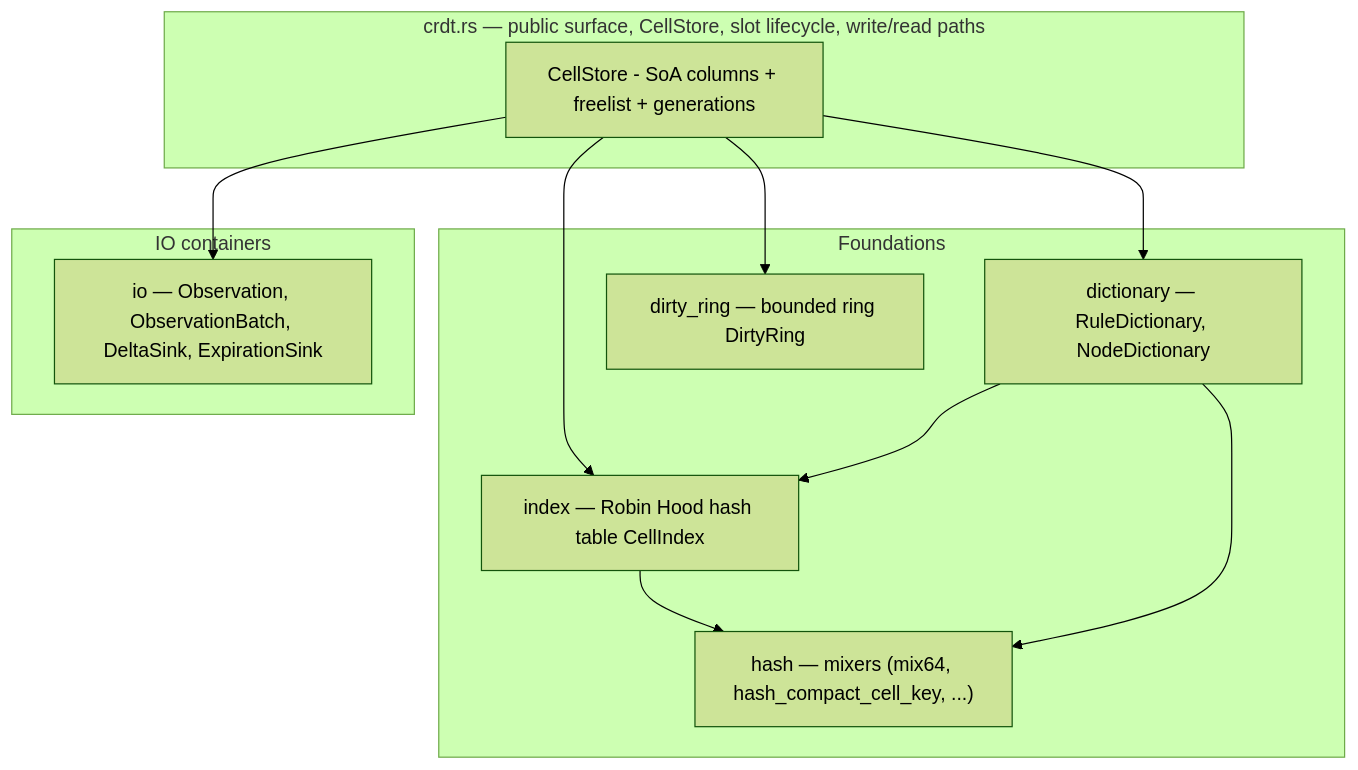
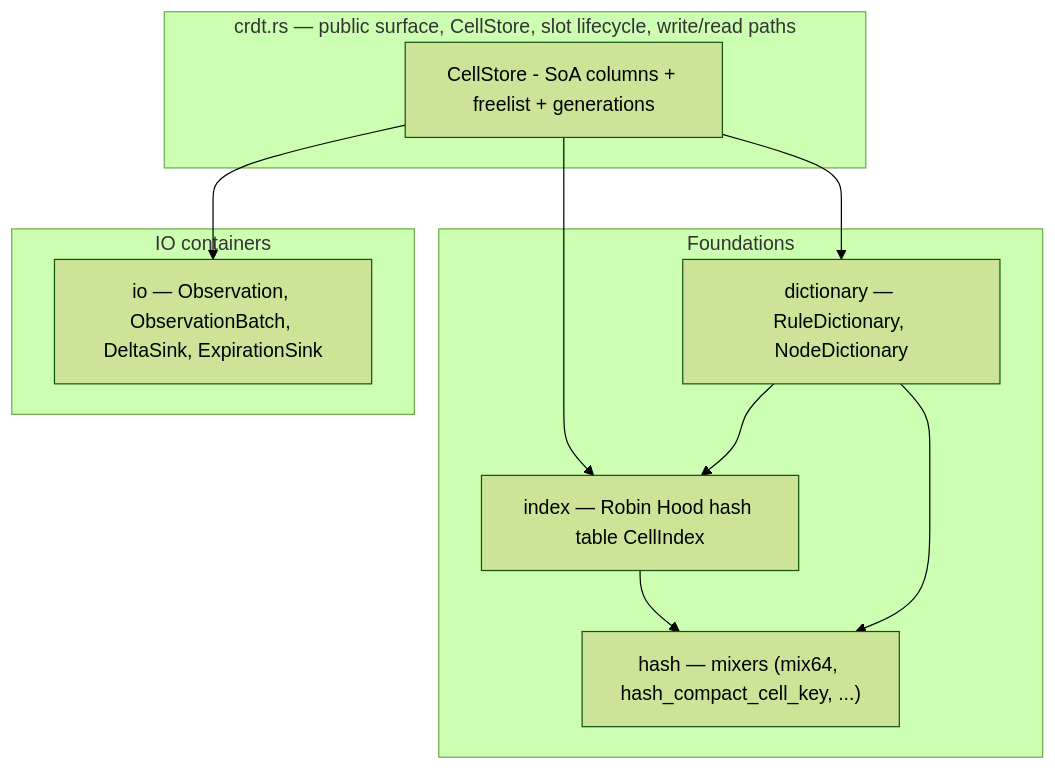
The first of 14 diagrams in crates/gabion/CRDT.md (prosody-events/gabion), drawn with Mermaid (forest theme) before and after one commit. The commit also changed other lines of this file and 81 other files, not shown here.

````diff
--- a/crates/gabion/CRDT.md
+++ b/crates/gabion/CRDT.md
@@ -78,25 +73,23 @@
 ```mermaid
 flowchart TB
     subgraph topmodule["crdt.rs — public surface, CellStore, slot lifecycle, write/read paths"]
         CS[CellStore - SoA columns + freelist + generations]
     end
 
     subgraph foundations["Foundations"]
         H["hash — mixers (mix64, hash_compact_cell_key, ...)"]
         D["dictionary — RuleDictionary, NodeDictionary"]
         I["index — Robin Hood hash table CellIndex"]
-        DR["dirty_ring — bounded ring DirtyRing"]
     end
 
     subgraph iolayer["IO containers"]
         IO["io — Observation, ObservationBatch, DeltaSink, ExpirationSink"]
     end
 
     CS --> D
     CS --> I
     I --> H
     D --> H
     D --> I
-    CS --> DR
     CS --> IO
 ```
````
